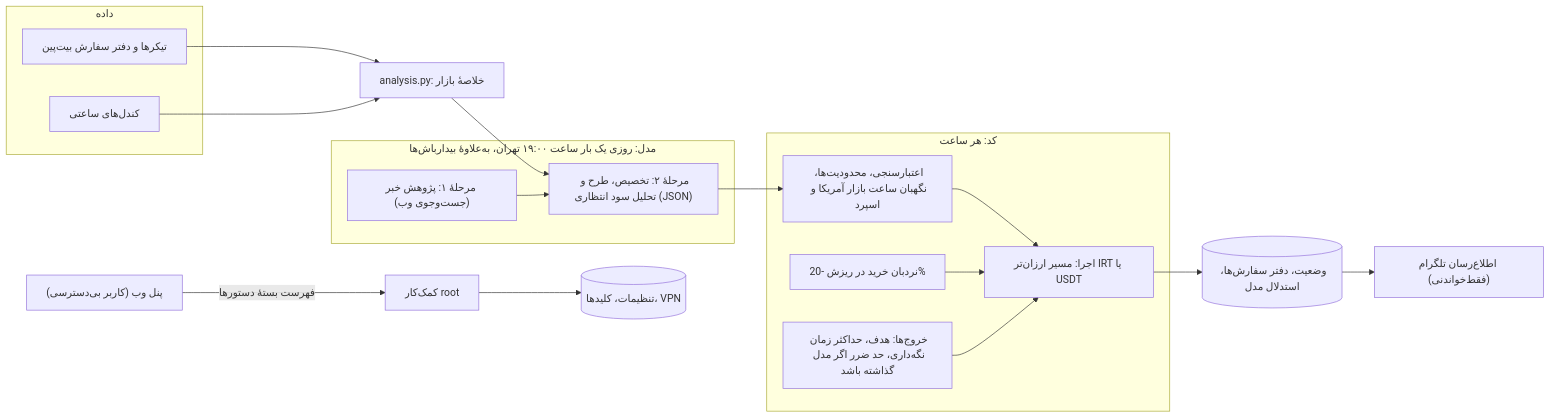
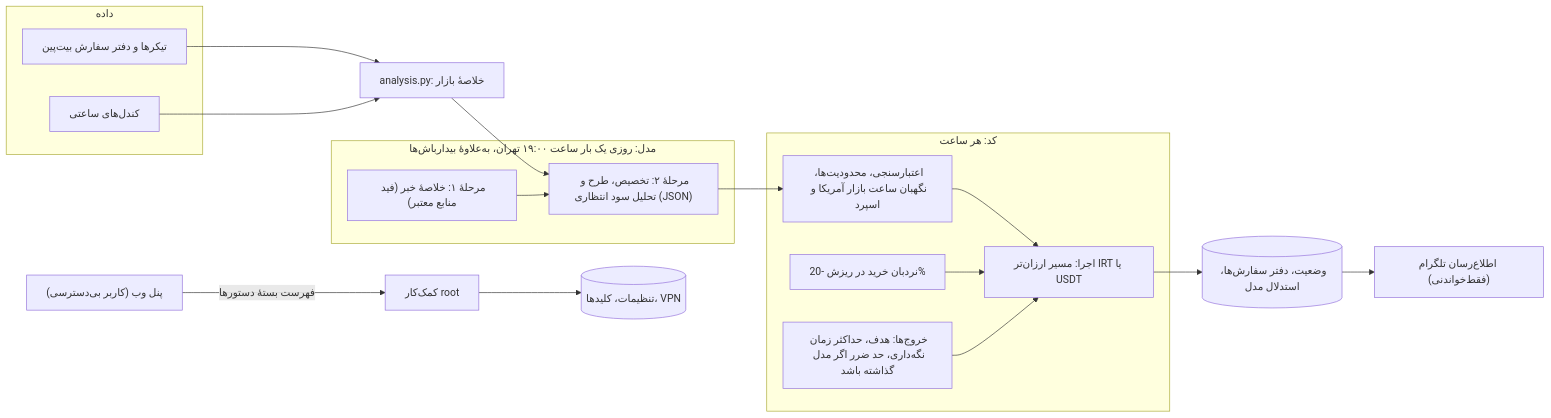
One commit to Erfouni/bitpin-ai-trader changed the diagram in README_FA.md. Above: the diagram before and after it, drawn with Mermaid. The commit also changed other lines of this file and 20 other files, not shown here.

````diff
--- a/README_FA.md
+++ b/README_FA.md
@@ -67,24 +67,24 @@
 ```mermaid
 flowchart LR
   subgraph data["داده"]
     T["تیکرها و دفتر سفارش بیت‌پین"]
     C["کندل‌های ساعتی"]
   end
   subgraph model["مدل: روزی یک بار ساعت ۱۹:۰۰ تهران، به‌علاوهٔ بیدارباش‌ها"]
-    N["مرحلهٔ ۱: پژوهش خبر (جست‌وجوی وب)"]
+    N["مرحلهٔ ۱: خلاصهٔ خبر (فید منابع معتبر)"]
     D["مرحلهٔ ۲: تخصیص، طرح و تحلیل سود انتظاری (JSON)"]
   end
   subgraph code["کد: هر ساعت"]
     V["اعتبارسنجی، محدودیت‌ها، نگهبان ساعت بازار آمریکا و اسپرد"]
     X["اجرا: مسیر ارزان‌تر IRT یا USDT"]
     L["نردبان خرید در ریزش -20%"]
     E["خروج‌ها: هدف، حداکثر زمان نگه‌داری، حد ضرر اگر مدل گذاشته باشد"]
   end
   T & C --> A["analysis.py: خلاصهٔ بازار"] --> D
   N --> D --> V --> X
   L --> X
   E --> X
   X --> S[("وضعیت، دفتر سفارش‌ها، استدلال مدل")]
   S --> TG["اطلاع‌رسان تلگرام (فقط‌خواندنی)"]
   P["پنل وب (کاربر بی‌دسترسی)"] -->|فهرست بستهٔ دستورها| H["کمک‌کار root"] --> CFG[("تنظیمات، کلیدها، VPN")]
 ```
````
